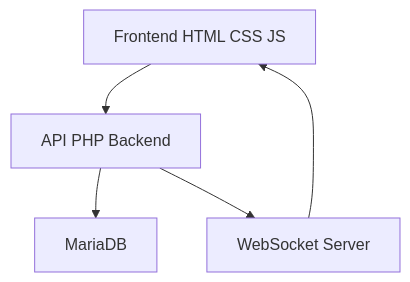
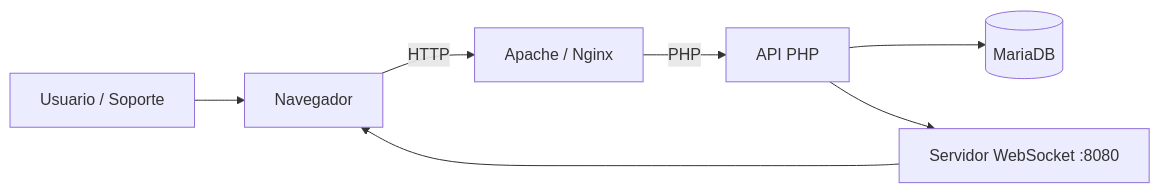
One commit to kamikaze07/Tickets-Soporte-TI changed the first of 3 diagrams in README.md. Above: the diagram before and after it, drawn with Mermaid. The commit also changed other lines of this file, not shown here.

````diff
--- a/README.md
+++ b/README.md
@@ -24,7 +22,9 @@
 ``` mermaid
-flowchart TD
-    A[Frontend HTML CSS JS] --> B[API PHP Backend]
-    B --> C[MariaDB]
-    B --> D[WebSocket Server]
-    D --> A
+flowchart LR
+    User[Usuario / Soporte] --> Browser[Navegador]
+    Browser -->|HTTP| WebServer[Apache / Nginx]
+    WebServer -->|PHP| Backend[API PHP]
+    Backend --> DB[(MariaDB)]
+    Backend --> WS[Servidor WebSocket :8080]
+    WS --> Browser
 ```
````
